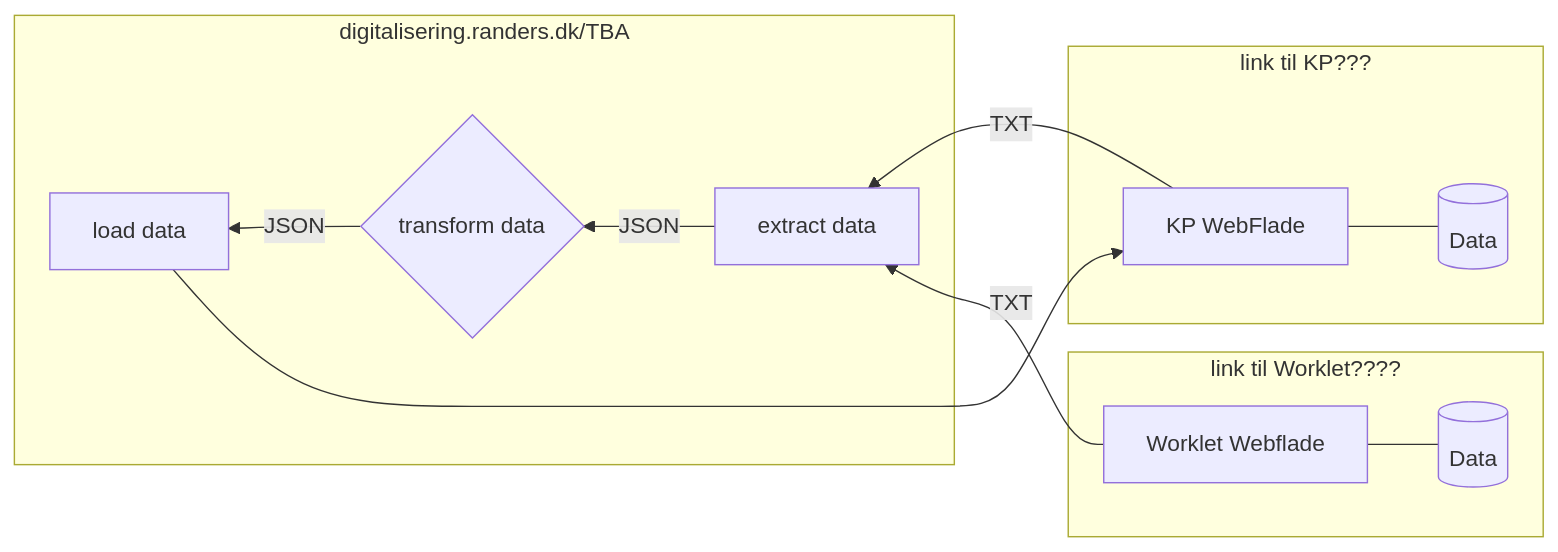
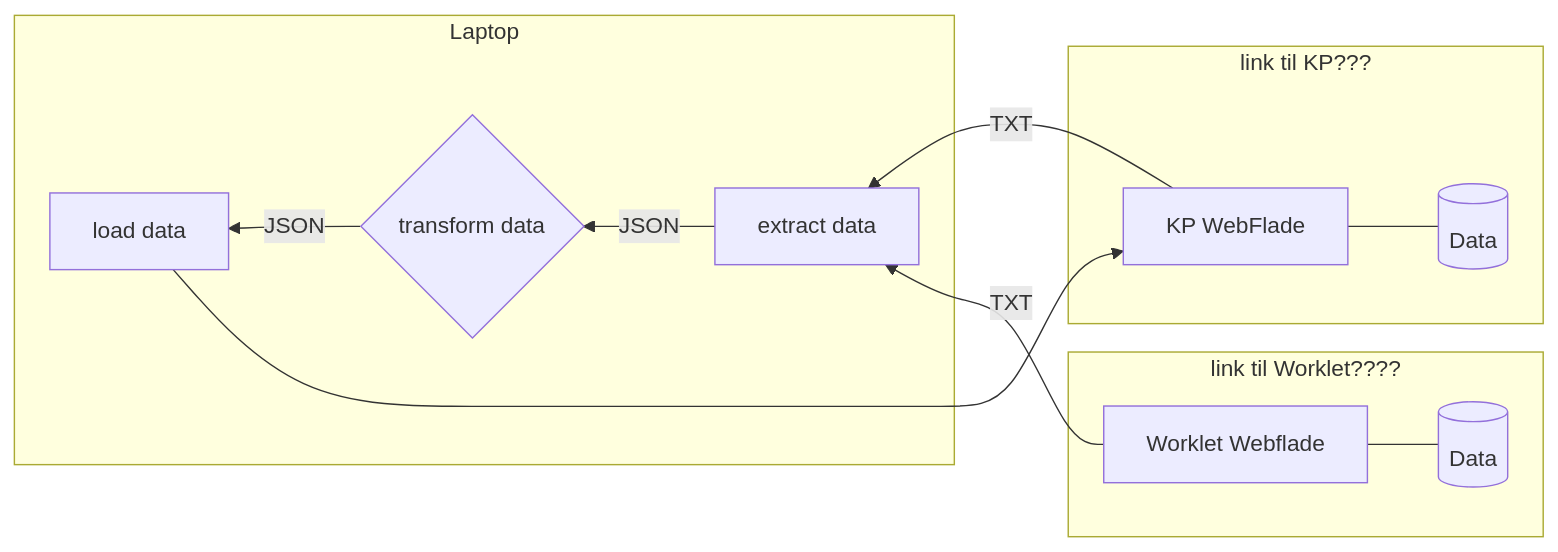
Before and after one commit to Randers-Kommune-Digitalisering/auto-tilskudsberegning-fodterapi: the diagram in README.md, drawn with Mermaid. The commit also changed other lines of this file, not shown here.

````diff
--- a/README.md
+++ b/README.md
@@ -46,23 +31,23 @@
 ```mermaid
 
 graph RL
     KPDB[(Data)] --- KPWEB[KP WebFlade] --> 
-    
+  
     |TXT|E[extract data] -->
     |JSON|T{transform data}-->
     |JSON|L[load data] --> KPWEB
 
     WLDB[(Data)] --- WLWEB[Worklet Webflade] -->|TXT| E
 
     subgraph link til Worklet????
     WLDB & WLWEB
     end
   
     subgraph link til KP???
     KPDB & KPWEB
     end
   
-    subgraph digitalisering.randers.dk/TBA
+    subgraph Laptop
     E & T & L
     end
 ```
````
